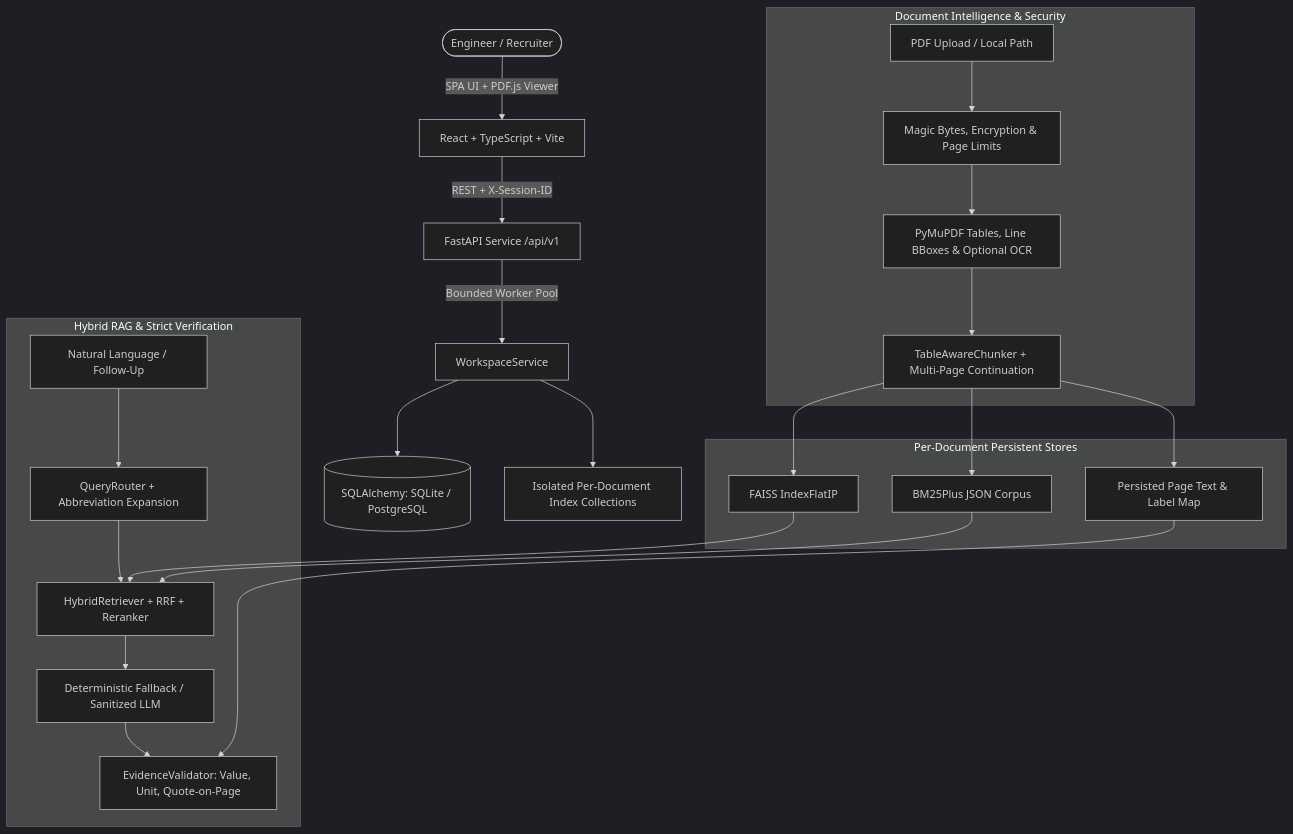
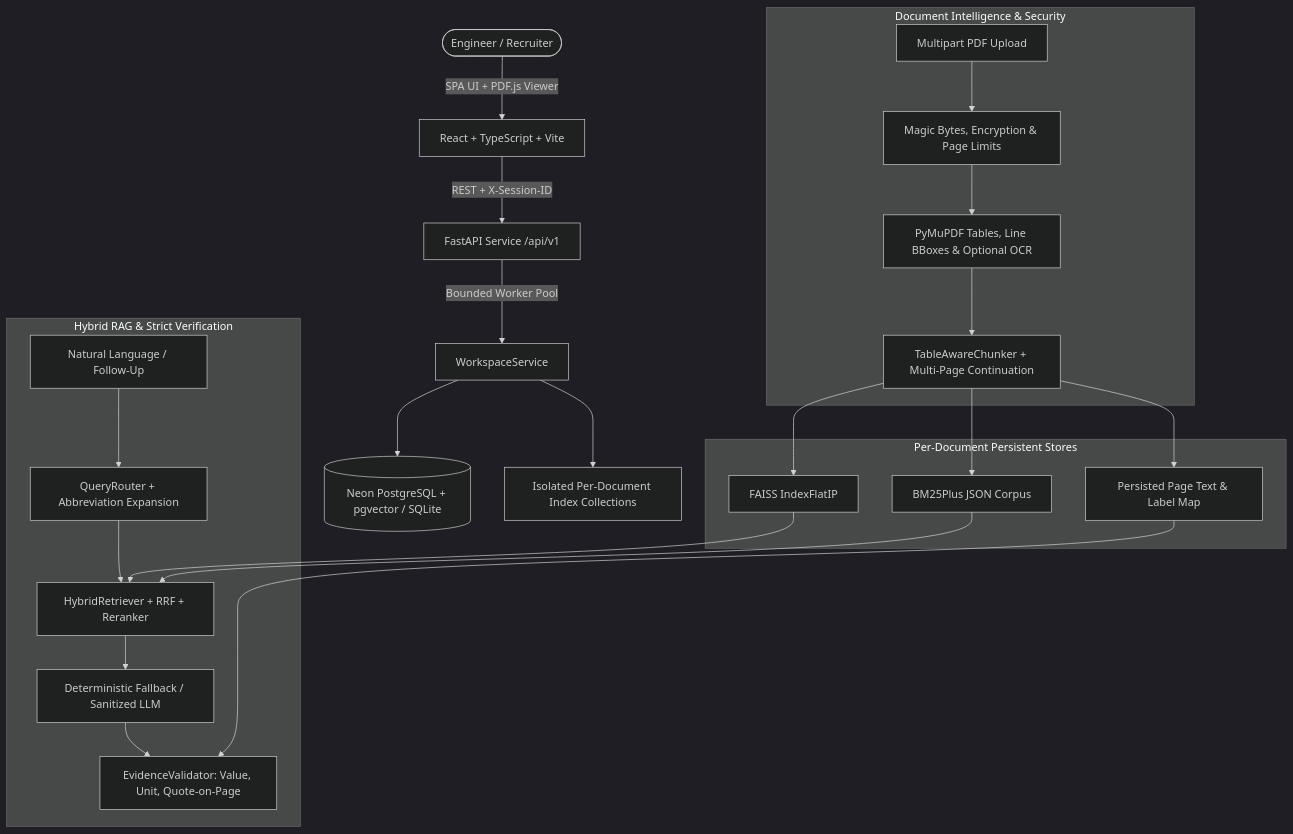
Before and after one commit to astha-2004-code/AutoSpec-AI: the diagram in docs/architecture.md, drawn with Mermaid (dark theme). The commit also changed 2 other files, not shown here.

Commit message:
chore(repo): remove unnecessary .vscode config and update architecture diagram

````diff
--- a/docs/architecture.md
+++ b/docs/architecture.md
@@ -5,30 +5,30 @@
 ```mermaid
 graph TD
     User([Engineer / Recruiter]) -->|SPA UI + PDF.js Viewer| Web[React + TypeScript + Vite]
     Web -->|REST + X-Session-ID| API[FastAPI Service /api/v1]
     API -->|Bounded Worker Pool| Service[WorkspaceService]
-    Service --> DB[(SQLAlchemy: SQLite / PostgreSQL)]
+    Service --> DB[(Neon PostgreSQL + pgvector / SQLite)]
     Service --> Collections[Isolated Per-Document Index Collections]
 
     subgraph Ingestion [Document Intelligence & Security]
-        Upload[PDF Upload / Local Path] --> SecVal[Magic Bytes, Encryption & Page Limits]
+        Upload[Multipart PDF Upload] --> SecVal[Magic Bytes, Encryption & Page Limits]
         SecVal --> Parser[PyMuPDF Tables, Line BBoxes & Optional OCR]
         Parser --> Chunker[TableAwareChunker + Multi-Page Continuation]
     end
 
     subgraph Storage [Per-Document Persistent Stores]
         Chunker --> FAISS[FAISS IndexFlatIP]
         Chunker --> BM25[BM25Plus JSON Corpus]
         Chunker --> Pages[Persisted Page Text & Label Map]
     end
 
     subgraph Retrieval [Hybrid RAG & Strict Verification]
         Query[Natural Language / Follow-Up] --> Router[QueryRouter + Abbreviation Expansion]
         Router --> Hybrid[HybridRetriever + RRF + Reranker]
         FAISS --> Hybrid
         BM25 --> Hybrid
         Hybrid --> Extractor[Deterministic Fallback / Sanitized LLM]
         Extractor --> Validator[EvidenceValidator: Value, Unit, Quote-on-Page]
         Pages --> Validator
     end
 ```
````
